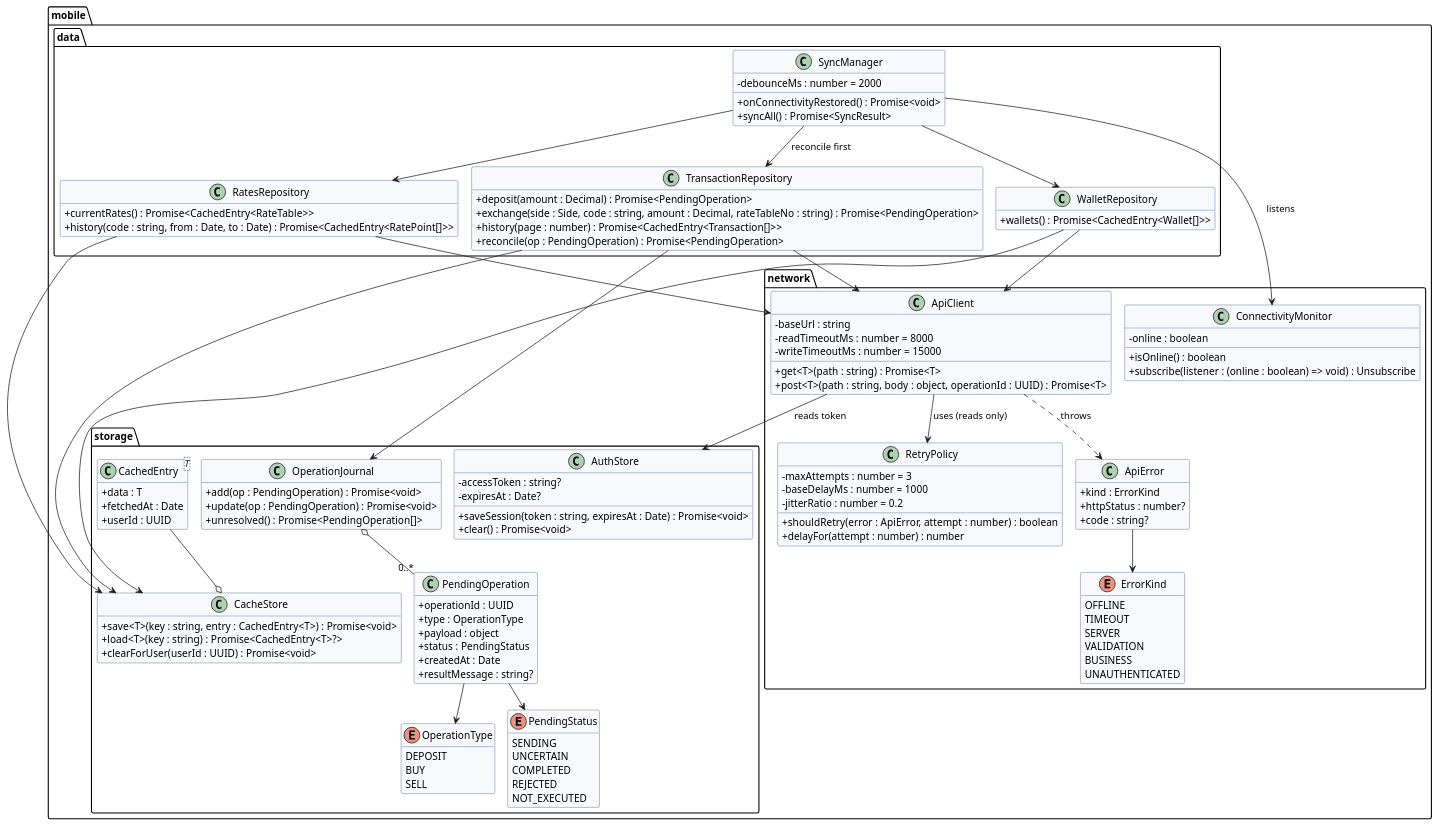
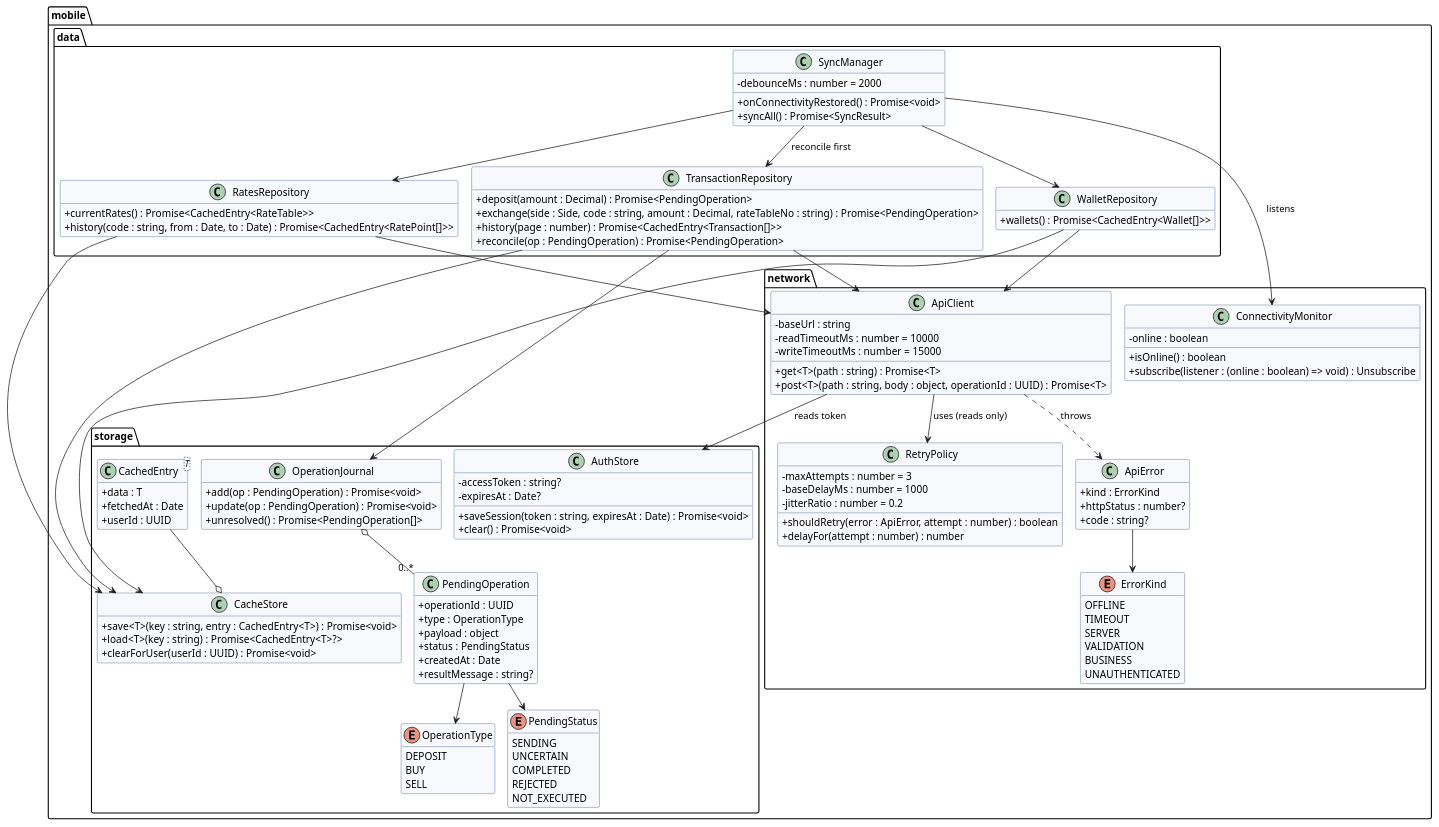
The diagram in docs/M1/diagrams/src/02-class-mobile.puml (hasanmertyilmaz/currency-exchange-hmy), drawn with PlantUML before and after one commit. The commit also changed 11 other files, not shown here.

First line of the commit message:
docs(m1): align diagrams with the final timeout policy

```diff
--- a/docs/M1/diagrams/src/02-class-mobile.puml
+++ b/docs/M1/diagrams/src/02-class-mobile.puml
@@ -1,133 +1,133 @@
 @startuml class-mobile
 !pragma layout smetana
 ' Kantor Mobile — UML Class Diagram, mobile client (React Native / Expo, TypeScript)
 skinparam shadowing false
 skinparam defaultFontName Helvetica
 skinparam classAttributeIconSize 0
 skinparam class {
   BackgroundColor #F7F9FC
   BorderColor #2E4A7D
 }
 hide empty members
 
 package "mobile.network" {
   class ApiClient {
     - baseUrl : string
-    - readTimeoutMs : number = 8000
+    - readTimeoutMs : number = 10000
     - writeTimeoutMs : number = 15000
     + get<T>(path : string) : Promise<T>
     + post<T>(path : string, body : object, operationId : UUID) : Promise<T>
   }
   class RetryPolicy {
     - maxAttempts : number = 3
     - baseDelayMs : number = 1000
     - jitterRatio : number = 0.2
     + shouldRetry(error : ApiError, attempt : number) : boolean
     + delayFor(attempt : number) : number
   }
   class ApiError {
     + kind : ErrorKind
     + httpStatus : number?
     + code : string?
   }
   enum ErrorKind {
     OFFLINE
     TIMEOUT
     SERVER
     VALIDATION
     BUSINESS
     UNAUTHENTICATED
   }
   class ConnectivityMonitor {
     - online : boolean
     + isOnline() : boolean
     + subscribe(listener : (online : boolean) => void) : Unsubscribe
   }
 }
 
 package "mobile.storage" {
   class CacheStore {
     + save<T>(key : string, entry : CachedEntry<T>) : Promise<void>
     + load<T>(key : string) : Promise<CachedEntry<T>?>
     + clearForUser(userId : UUID) : Promise<void>
   }
   class CachedEntry<T> {
     + data : T
     + fetchedAt : Date
     + userId : UUID
   }
   class AuthStore {
     - accessToken : string?
     - expiresAt : Date?
     + saveSession(token : string, expiresAt : Date) : Promise<void>
     + clear() : Promise<void>
   }
   class OperationJournal {
     + add(op : PendingOperation) : Promise<void>
     + update(op : PendingOperation) : Promise<void>
     + unresolved() : Promise<PendingOperation[]>
   }
   class PendingOperation {
     + operationId : UUID
     + type : OperationType
     + payload : object
     + status : PendingStatus
     + createdAt : Date
     + resultMessage : string?
   }
   enum OperationType {
     DEPOSIT
     BUY
     SELL
   }
   enum PendingStatus {
     SENDING
     UNCERTAIN
     COMPLETED
     REJECTED
     NOT_EXECUTED
   }
 }
 
 package "mobile.data" {
   class RatesRepository {
     + currentRates() : Promise<CachedEntry<RateTable>>
     + history(code : string, from : Date, to : Date) : Promise<CachedEntry<RatePoint[]>>
   }
   class WalletRepository {
     + wallets() : Promise<CachedEntry<Wallet[]>>
   }
   class TransactionRepository {
     + deposit(amount : Decimal) : Promise<PendingOperation>
     + exchange(side : Side, code : string, amount : Decimal, rateTableNo : string) : Promise<PendingOperation>
     + history(page : number) : Promise<CachedEntry<Transaction[]>>
     + reconcile(op : PendingOperation) : Promise<PendingOperation>
   }
   class SyncManager {
     - debounceMs : number = 2000
     + onConnectivityRestored() : Promise<void>
     + syncAll() : Promise<SyncResult>
   }
 }
 
 ApiClient --> RetryPolicy : uses (reads only)
 ApiClient ..> ApiError : throws
 ApiError --> ErrorKind
 CachedEntry --o CacheStore
 OperationJournal o-- "0..*" PendingOperation
 PendingOperation --> OperationType
 PendingOperation --> PendingStatus
 ApiClient --> AuthStore : reads token
 
 RatesRepository --> ApiClient
 RatesRepository --> CacheStore
 WalletRepository --> ApiClient
 WalletRepository --> CacheStore
 TransactionRepository --> ApiClient
 TransactionRepository --> CacheStore
 TransactionRepository --> OperationJournal
 SyncManager --> ConnectivityMonitor : listens
 SyncManager --> TransactionRepository : reconcile first
 SyncManager --> WalletRepository
 SyncManager --> RatesRepository
 @enduml
```
